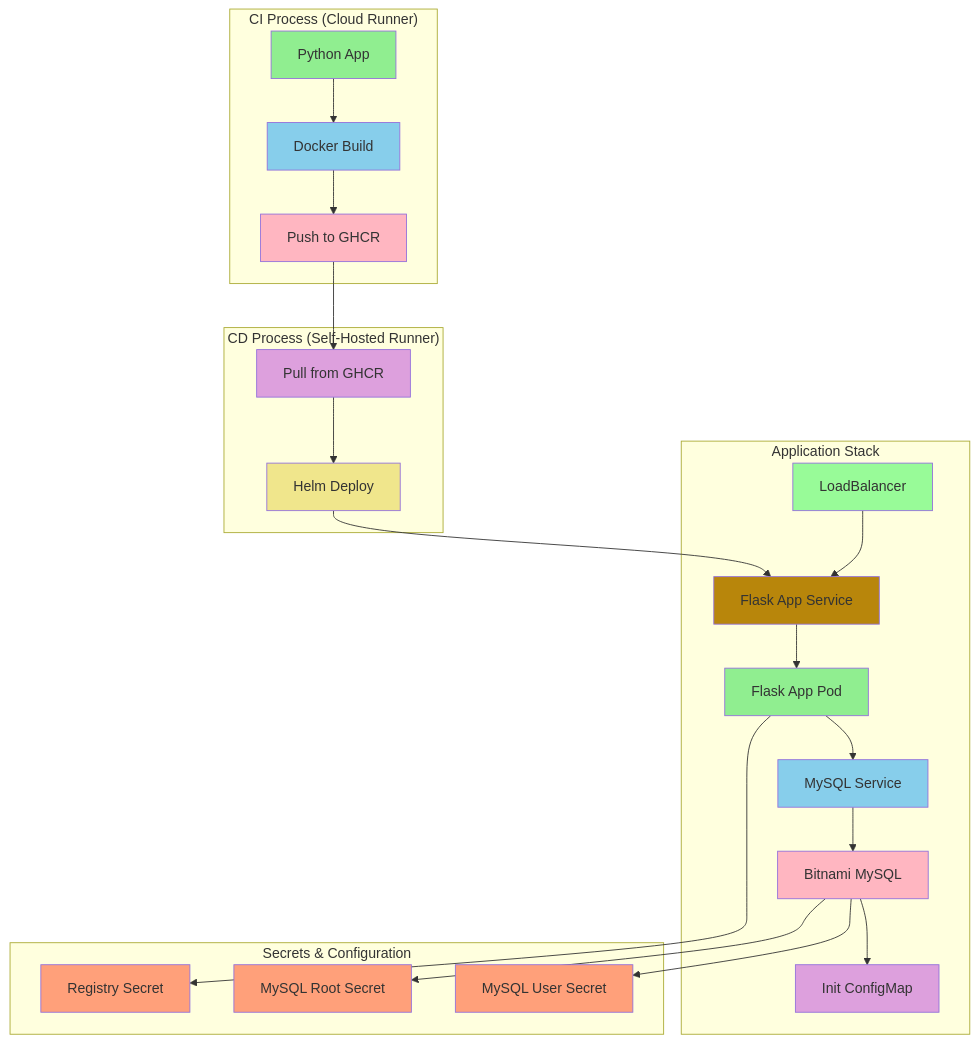
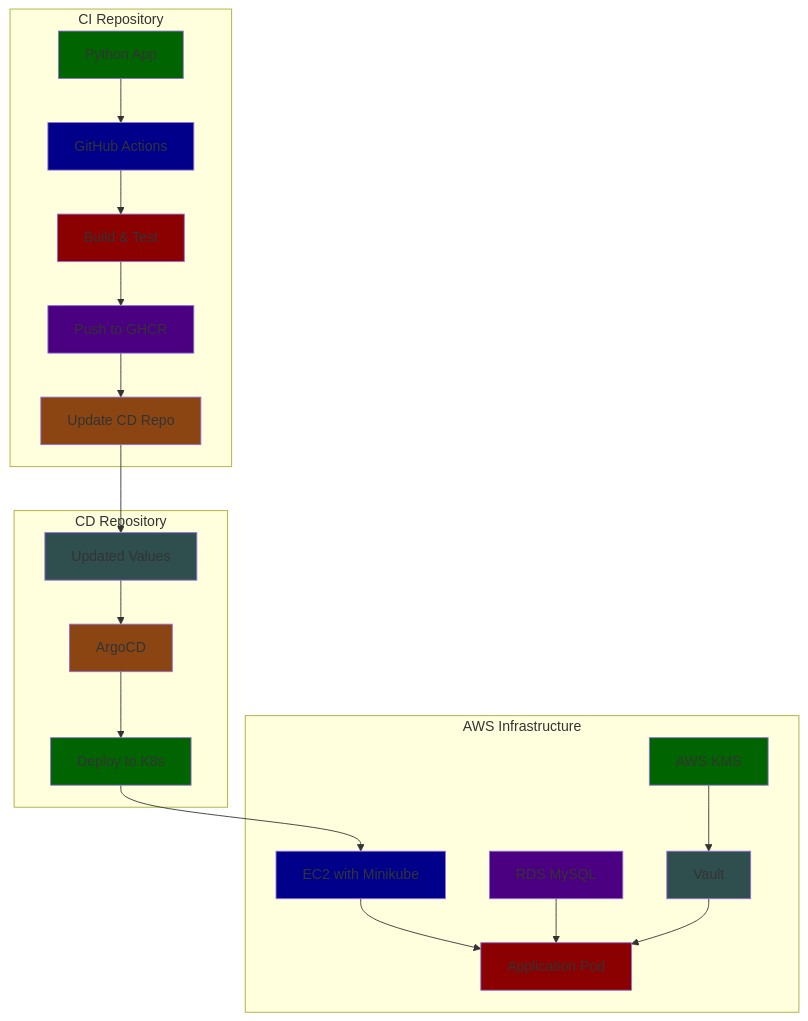
The first of 3 diagrams in README.md (dvirmoyal/world-of-game), drawn with Mermaid before and after one commit. The commit also changed other lines of this file and 2 other files, not shown here.

Commit message:
feat: upgrade app to use vault as s secret manger

````diff
--- a/README.md
+++ b/README.md
@@ -6,46 +26,37 @@
 ```mermaid
-
 graph TB
-    subgraph "CI Process (Cloud Runner)"
-        A[Python App] --> B[Docker Build]
-        B --> C[Push to GHCR]
-        style A fill:#90EE90
-        style B fill:#87CEEB
-        style C fill:#FFB6C1
+    subgraph "CI Repository"
+        A[Python App] --> B[GitHub Actions]
+        B --> C[Build & Test]
+        C --> D[Push to GHCR]
+        D --> E[Update CD Repo]
+        style A fill:#006400
+        style B fill:#00008B
+        style C fill:#8B0000
+        style D fill:#4B0082
+        style E fill:#8B4513
     end
-
-    subgraph "CD Process (Self-Hosted Runner)"
-        D[Pull from GHCR] --> E[Helm Deploy]
-        style D fill:#DDA0DD
-        style E fill:#F0E68C
+    
+    subgraph "CD Repository"
+        F[Updated Values] --> G[ArgoCD]
+        G --> H[Deploy to K8s]
+        style F fill:#2F4F4F
+        style G fill:#8B4513
+        style H fill:#006400
     end
-
-    subgraph "Application Stack"
-        F[LoadBalancer] --> G[Flask App Service]
-        G --> H[Flask App Pod]
-        H --> I[MySQL Service]
-        I --> J[Bitnami MySQL]
-        J --> K[Init ConfigMap]
-        style F fill:#98FB98
-        style G fill:#B8860B
-        style H fill:#90EE90
-        style I fill:#87CEEB
-        style J fill:#FFB6C1
-        style K fill:#DDA0DD
+    
+    subgraph "AWS Infrastructure"
+        I[EC2 with Minikube] --> J[Application Pod]
+        K[RDS MySQL] --> J
+        L[Vault] --> J
+        M[AWS KMS] --> L
+        style I fill:#00008B
+        style J fill:#8B0000
+        style K fill:#4B0082
+        style L fill:#2F4F4F
+        style M fill:#006400
     end
-
-    subgraph "Secrets & Configuration"
-        L[Registry Secret]
-        M[MySQL Root Secret]
-        N[MySQL User Secret]
-        style L fill:#FFA07A
-        style M fill:#FFA07A
-        style N fill:#FFA07A
-    end
-
-    C --> D
-    E --> G
-    H --> L
-    J --> M
-    J --> N
+    
+    E --> F
+    H --> I
 ```
````
